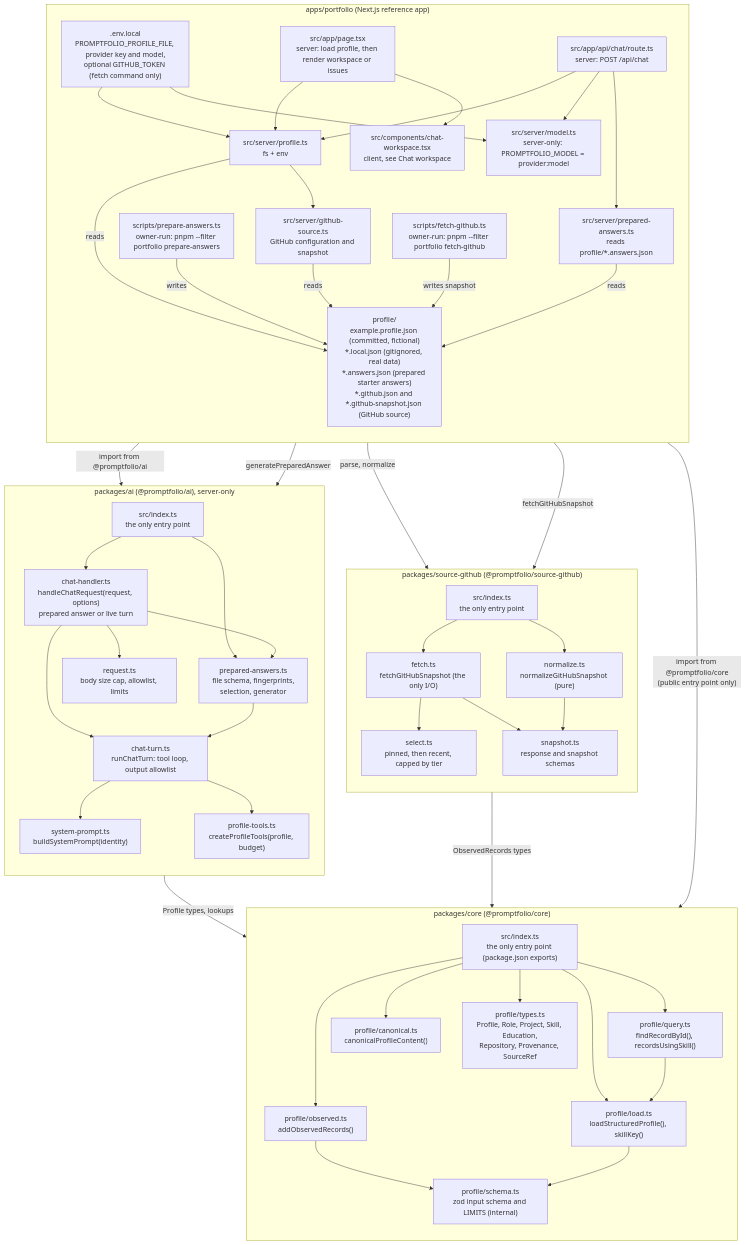
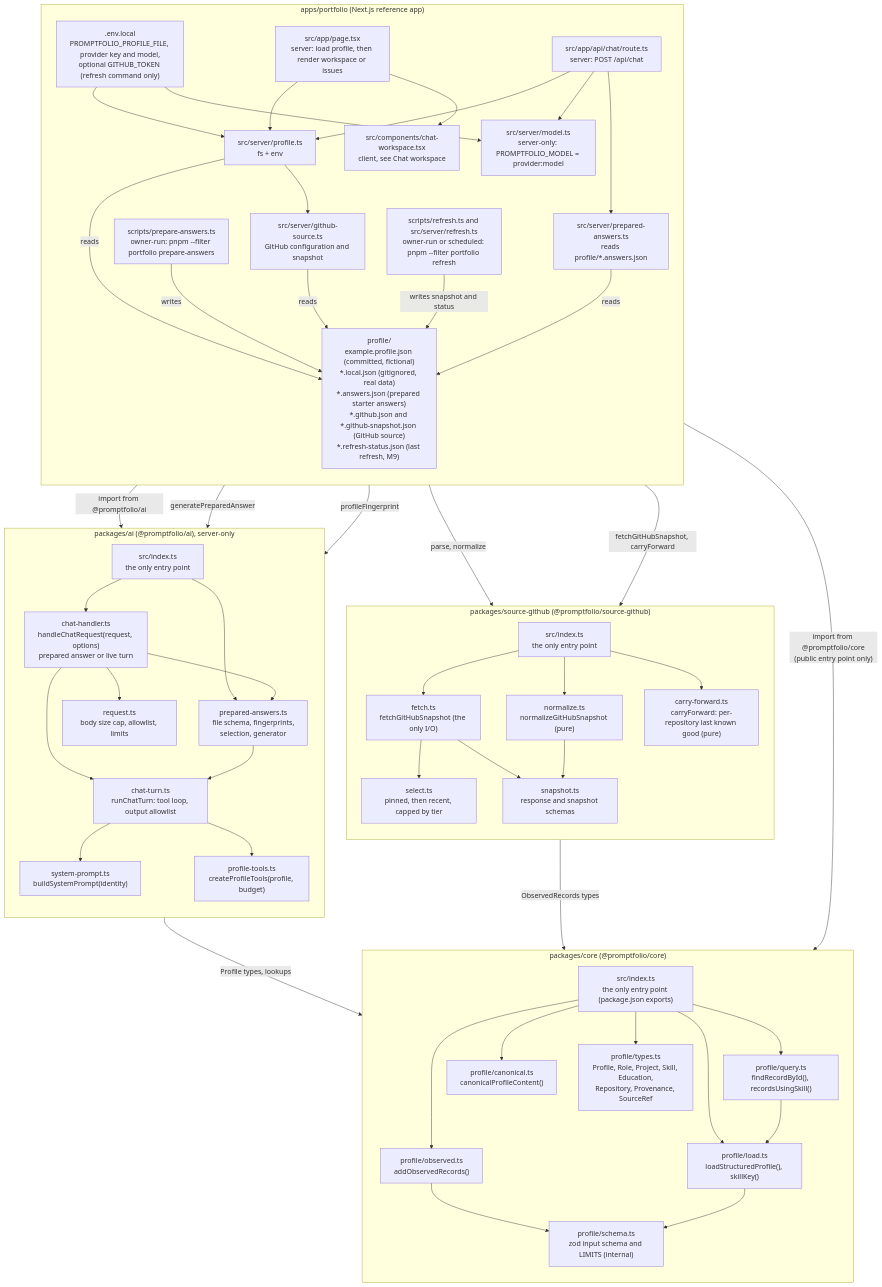
Before and after one commit to promptfolios/promptfolio: the first of 6 diagrams in docs/ARCHITECTURE.md, drawn with Mermaid. The commit also changed other lines of this file and 7 other files, not shown here.

Commit message:
docs: add the M9 plan, ADR 0010 and the scheduled refresh guide

````diff
--- a/docs/ARCHITECTURE.md
+++ b/docs/ARCHITECTURE.md
@@ -10,13 +10,13 @@
 flowchart TB
     subgraph app["apps/portfolio (Next.js reference app)"]
         direction TB
-        env[".env.local<br/>PROMPTFOLIO_PROFILE_FILE, provider key and model,<br/>optional GITHUB_TOKEN (fetch command only)"]
-        files["profile/<br/>example.profile.json (committed, fictional)<br/>*.local.json (gitignored, real data)<br/>*.answers.json (prepared starter answers)<br/>*.github.json and *.github-snapshot.json (GitHub source)"]
+        env[".env.local<br/>PROMPTFOLIO_PROFILE_FILE, provider key and model,<br/>optional GITHUB_TOKEN (refresh command only)"]
+        files["profile/<br/>example.profile.json (committed, fictional)<br/>*.local.json (gitignored, real data)<br/>*.answers.json (prepared starter answers)<br/>*.github.json and *.github-snapshot.json (GitHub source)<br/>*.refresh-status.json (last refresh, M9)"]
         page["src/app/page.tsx<br/>server: load profile, then render workspace or issues"]
         route["src/app/api/chat/route.ts<br/>server: POST /api/chat"]
         serverProfile["src/server/profile.ts<br/>fs + env"]
         serverGitHub["src/server/github-source.ts<br/>GitHub configuration and snapshot"]
-        fetchScript["scripts/fetch-github.ts<br/>owner-run: pnpm --filter portfolio fetch-github"]
+        fetchScript["scripts/refresh.ts and src/server/refresh.ts<br/>owner-run or scheduled: pnpm --filter portfolio refresh"]
         serverModel["src/server/model.ts<br/>server-only: PROMPTFOLIO_MODEL = provider:model"]
         serverAnswers["src/server/prepared-answers.ts<br/>reads profile/*.answers.json"]
         script["scripts/prepare-answers.ts<br/>owner-run: pnpm --filter portfolio prepare-answers"]
@@ -33,7 +33,7 @@
         serverProfile -- reads --> files
         serverProfile --> serverGitHub
         serverGitHub -- reads --> files
-        fetchScript -- writes snapshot --> files
+        fetchScript -- "writes snapshot and status" --> files
     end
 
     subgraph ghpkg["packages/source-github (@promptfolio/source-github)"]
@@ -43,8 +43,10 @@
         ghSelect["select.ts<br/>pinned, then recent, capped by tier"]
         ghSnapshot["snapshot.ts<br/>response and snapshot schemas"]
         ghNormalize["normalize.ts<br/>normalizeGitHubSnapshot (pure)"]
+        ghCarry["carry-forward.ts<br/>carryForward: per-repository last known good (pure)"]
         ghIndex --> ghFetch
         ghIndex --> ghNormalize
+        ghIndex --> ghCarry
         ghFetch --> ghSelect
         ghFetch --> ghSnapshot
         ghNormalize --> ghSnapshot
@@ -93,6 +95,7 @@
     script -- "generatePreparedAnswer" --> aiIndex
     aipkg -- "Profile types, lookups" --> index
     serverGitHub -- "parse, normalize" --> ghIndex
-    fetchScript -- "fetchGitHubSnapshot" --> ghIndex
+    fetchScript -- "fetchGitHubSnapshot, carryForward" --> ghIndex
+    fetchScript -- "profileFingerprint" --> aiIndex
     ghpkg -- "ObservedRecords types" --> index
 ```
````
